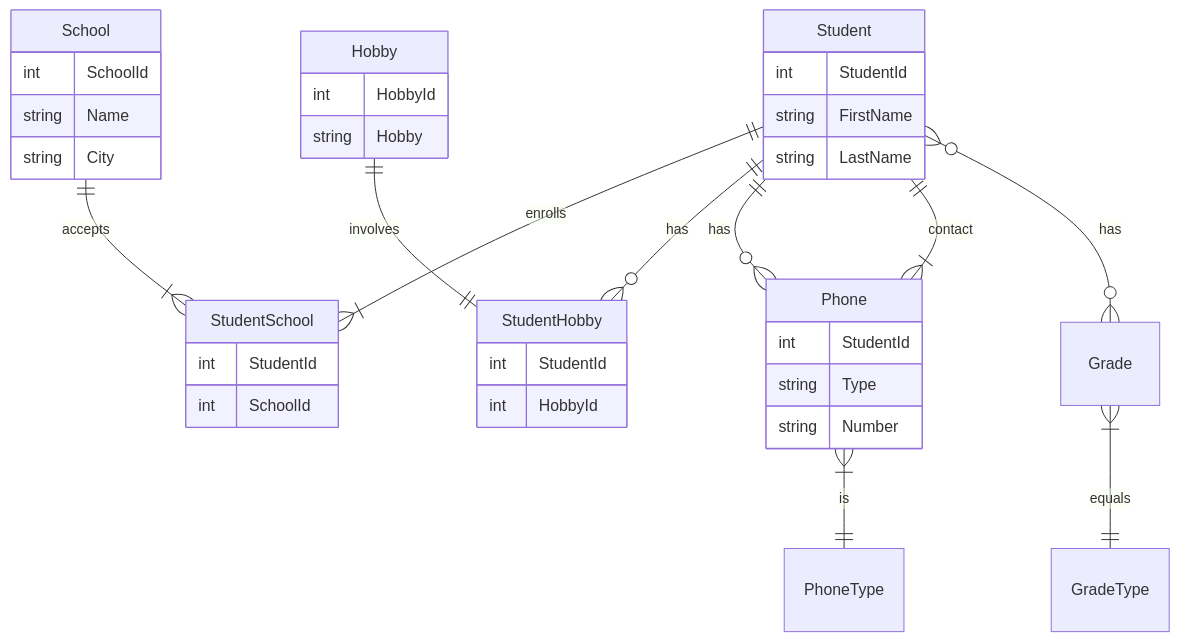
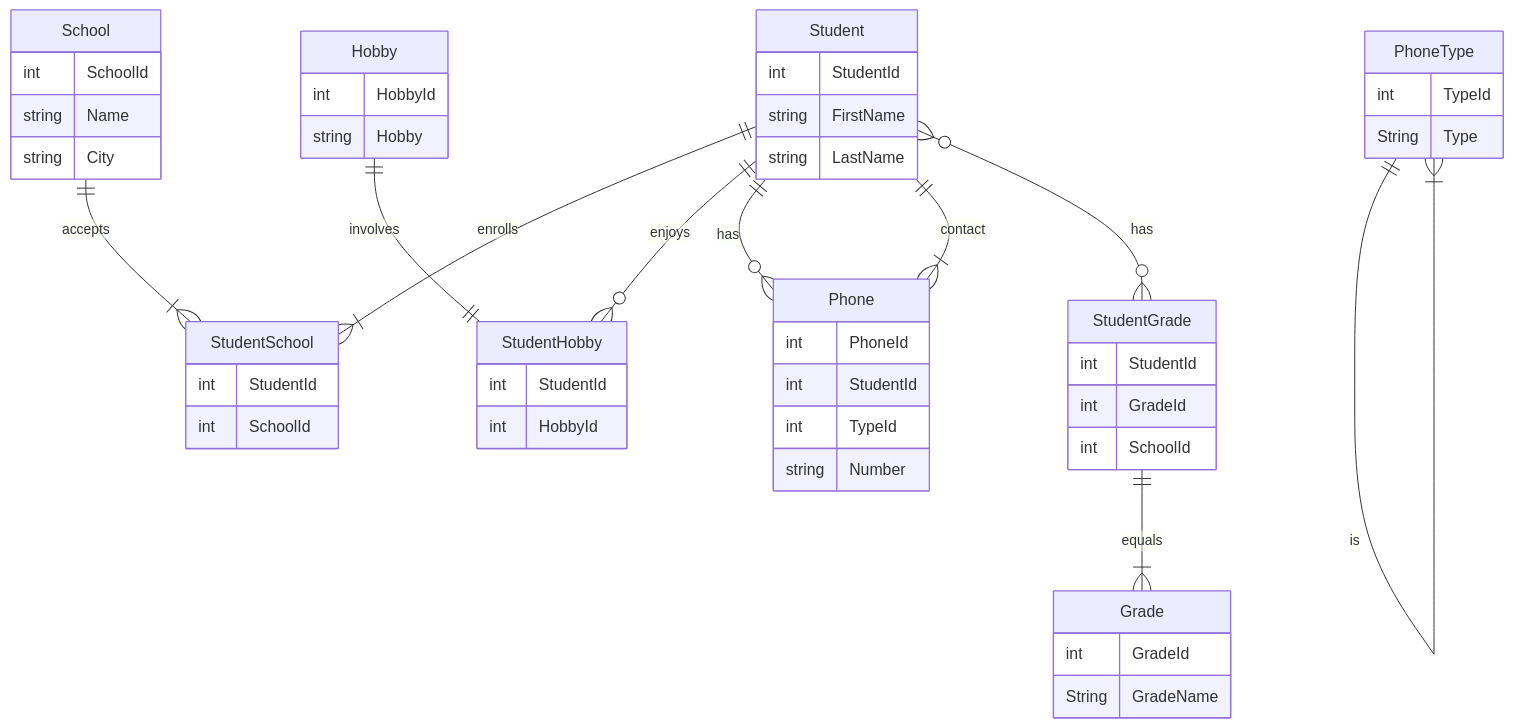
The diagram in README.md (ellinorekmark/db2022), drawn with Mermaid before and after one commit. The commit also changed 1 other file, not shown here.

Commit message:
probably finished normalisation, made progress on ER diagram in README

````diff
--- a/README.md
+++ b/README.md
@@ -1,48 +1,70 @@
 ```mermaid
 
 erDiagram    
     School ||--|{ StudentSchool : accepts
     Student || --|{StudentSchool : enrolls
-    Student ||--o{StudentHobby : has
+    Student ||--o{StudentHobby : enjoys
     Student || -- o{Phone : has
-    Phone }|--|| PhoneType : is
+    PhoneType ||--|{ PhoneType : is
     Hobby ||--||StudentHobby : involves
     Student ||--|{Phone : contact
-    Student }o--o{ Grade : has
-    Grade }|--|| GradeType : equals
+    Student }o--o{ StudentGrade : has
+    StudentGrade ||--|{ Grade : equals
     
     
     StudentSchool {
         int StudentId
         int SchoolId
     }
     
     Student {
         int StudentId
         string FirstName
         string LastName
     }
     
     School {
         int SchoolId
         string Name
         string City
     }
 
     StudentHobby {
         int StudentId
         int HobbyId
     }
 
     Hobby {
         int HobbyId
         string Hobby
     }
 
     Phone {
+        int PhoneId
         int StudentId
-        string Type
+	int TypeId
         string Number
     }
 
+    PhoneType {
+	int TypeId
+	String Type
+    }
+
+    Grade {
+	int GradeId
+	String GradeName
+    }
+
+    StudentGrade {
+	int StudentId
+	int GradeId
+	int SchoolId
+    }
+
+
+
+
+
+
 ```
````
